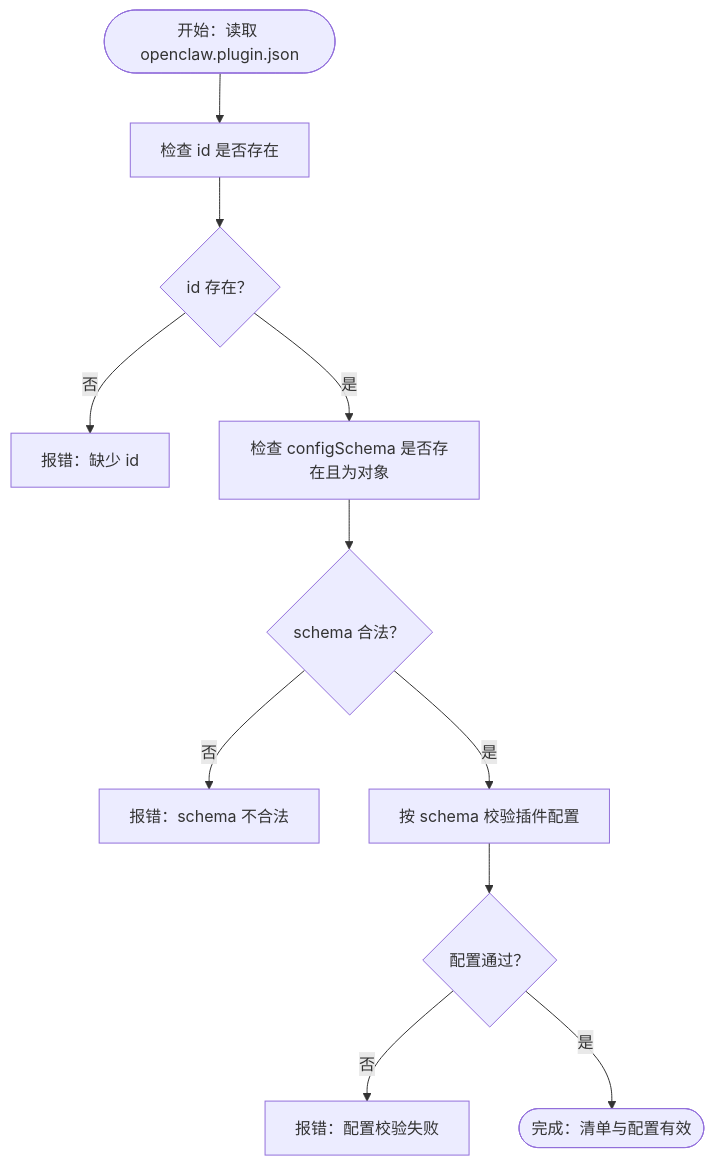
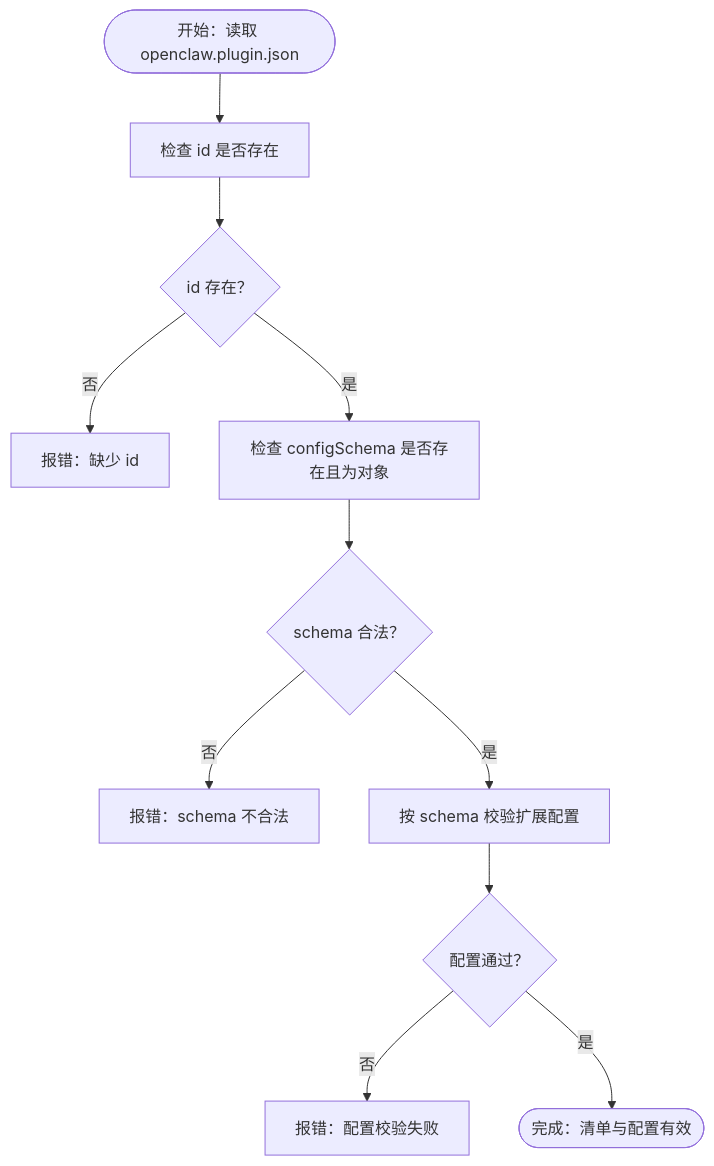
Before and after one commit to verse-ai-org/openclaw: the fifth of 9 diagrams in .qoder/repowiki/zh/content/插件系统/插件系统.md, drawn with Mermaid. The commit also changed other lines of this file and 9 other files, not shown here.

````diff
--- a/.qoder/repowiki/zh/content/插件系统/插件系统.md
+++ b/.qoder/repowiki/zh/content/插件系统/插件系统.md
@@ -220,13 +743,13 @@
 ```mermaid
 flowchart TD
 Start(["开始：读取 openclaw.plugin.json"]) --> CheckId["检查 id 是否存在"]
 CheckId --> IdOk{"id 存在？"}
 IdOk --> |否| Fail["报错：缺少 id"]
 IdOk --> |是| CheckSchema["检查 configSchema 是否存在且为对象"]
 CheckSchema --> SchemaOk{"schema 合法？"}
 SchemaOk --> |否| FailSchema["报错：schema 不合法"]
-SchemaOk --> |是| ValidateCfg["按 schema 校验插件配置"]
+SchemaOk --> |是| ValidateCfg["按 schema 校验扩展配置"]
 ValidateCfg --> CfgOk{"配置通过？"}
 CfgOk --> |否| FailCfg["报错：配置校验失败"]
 CfgOk --> |是| Done(["完成：清单与配置有效"])
 ```
````
